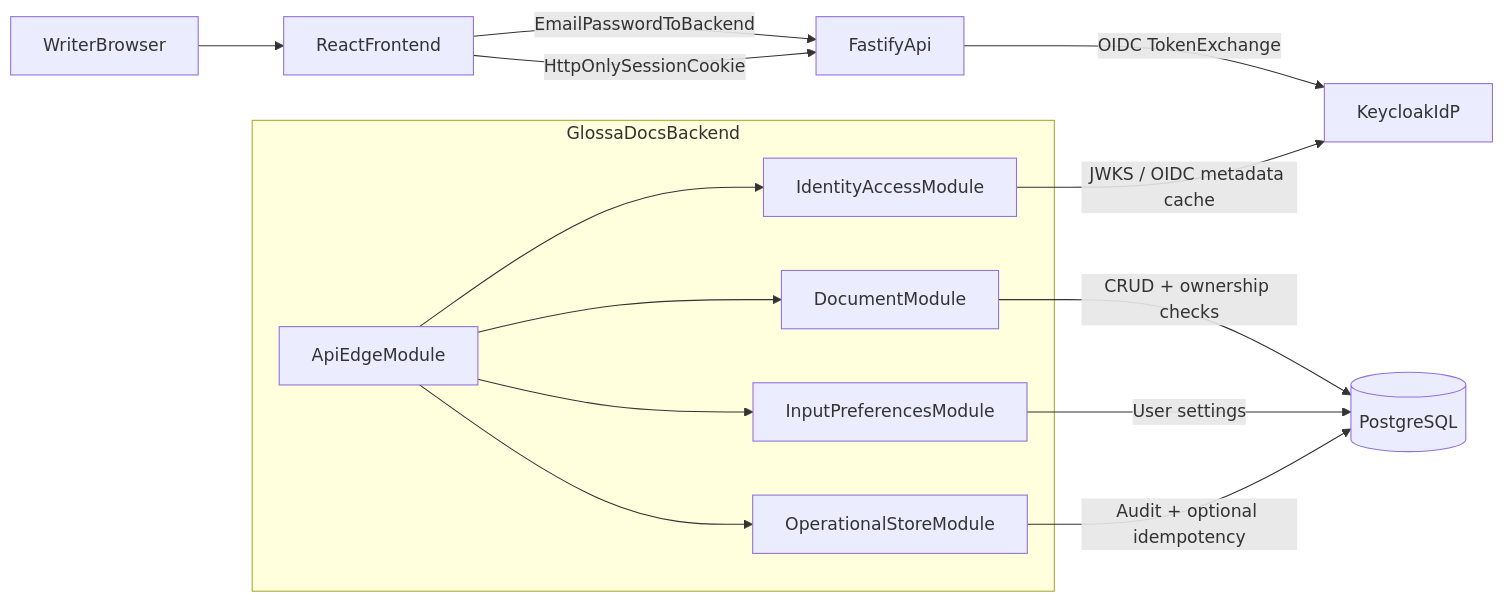
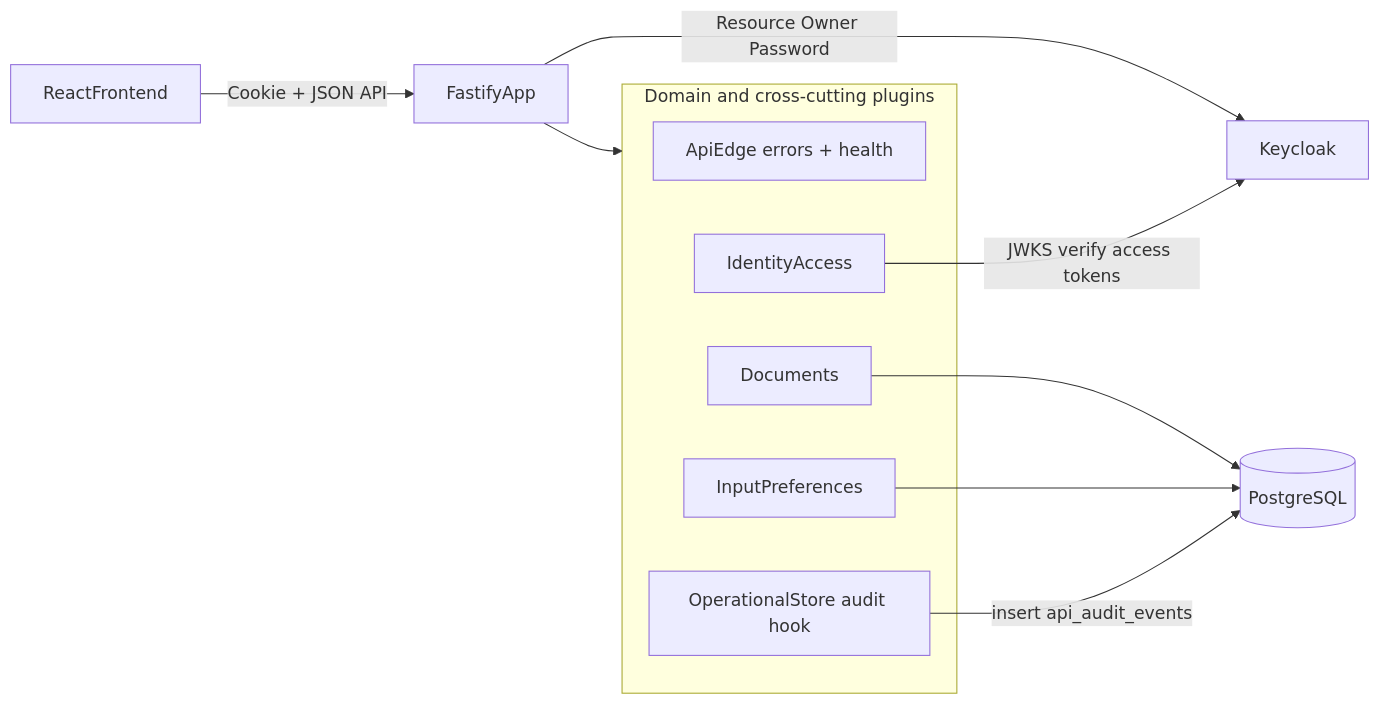
One commit to TommyKolb/GlossaDocs changed the diagram in docs/architecture/system.md. Above: the diagram before and after it, drawn with Mermaid. The commit also changed other lines of this file and 10 other files, not shown here.

````diff
--- a/docs/architecture/system.md
+++ b/docs/architecture/system.md
@@ -29,24 +39,17 @@
 ```mermaid
 flowchart LR
-  user[WriterBrowser] --> fe[ReactFrontend]
-  fe -->|"EmailPasswordToBackend"| api[FastifyApi]
-  api -->|"OIDC TokenExchange"| kc[KeycloakIdP]
-  fe -->|"HttpOnlySessionCookie"| api
-
-  subgraph app [GlossaDocsBackend]
-    edge[ApiEdgeModule]
-    idm[IdentityAccessModule]
-    docm[DocumentModule]
-    setm[InputPreferencesModule]
-    obs[OperationalStoreModule]
-    edge --> idm
-    edge --> docm
-    edge --> setm
-    edge --> obs
+  fe[ReactFrontend] -->|"Cookie + JSON API"| fastify[FastifyApp]
+  fastify -->|"Resource Owner Password"| kc[Keycloak]
+  subgraph modules [Domain and cross-cutting plugins]
+    edge[ApiEdge errors + health]
+    idm[IdentityAccess]
+    docm[Documents]
+    setm[InputPreferences]
+    obs[OperationalStore audit hook]
   end
-
-  idm -->|"JWKS / OIDC metadata cache"| kc
-  docm -->|"CRUD + ownership checks"| pg[(PostgreSQL)]
-  setm -->|"User settings"| pg
-  obs -->|"Audit + optional idempotency"| pg
+  fastify --> modules
+  idm -->|"JWKS verify access tokens"| kc
+  docm --> pg[(PostgreSQL)]
+  setm --> pg
+  obs -->|"insert api_audit_events"| pg
 ```
````
